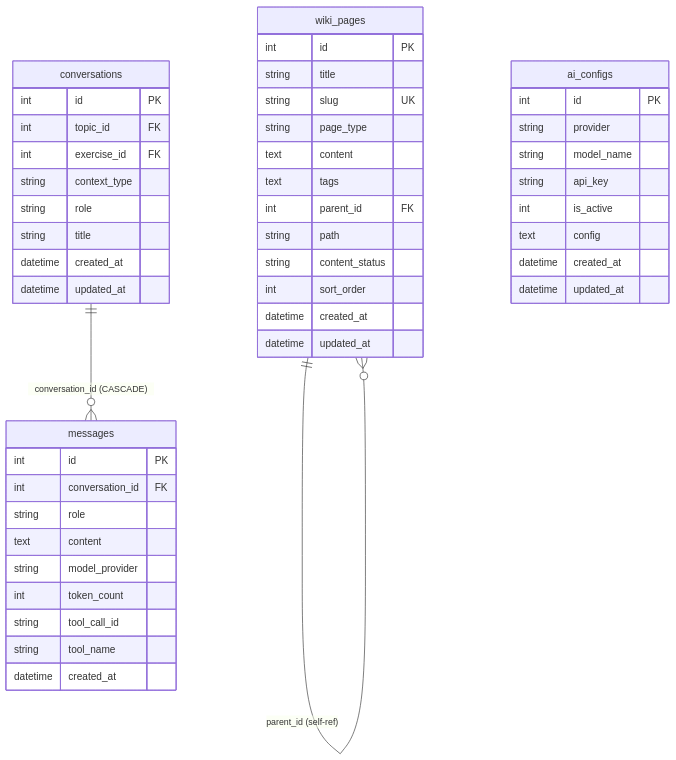
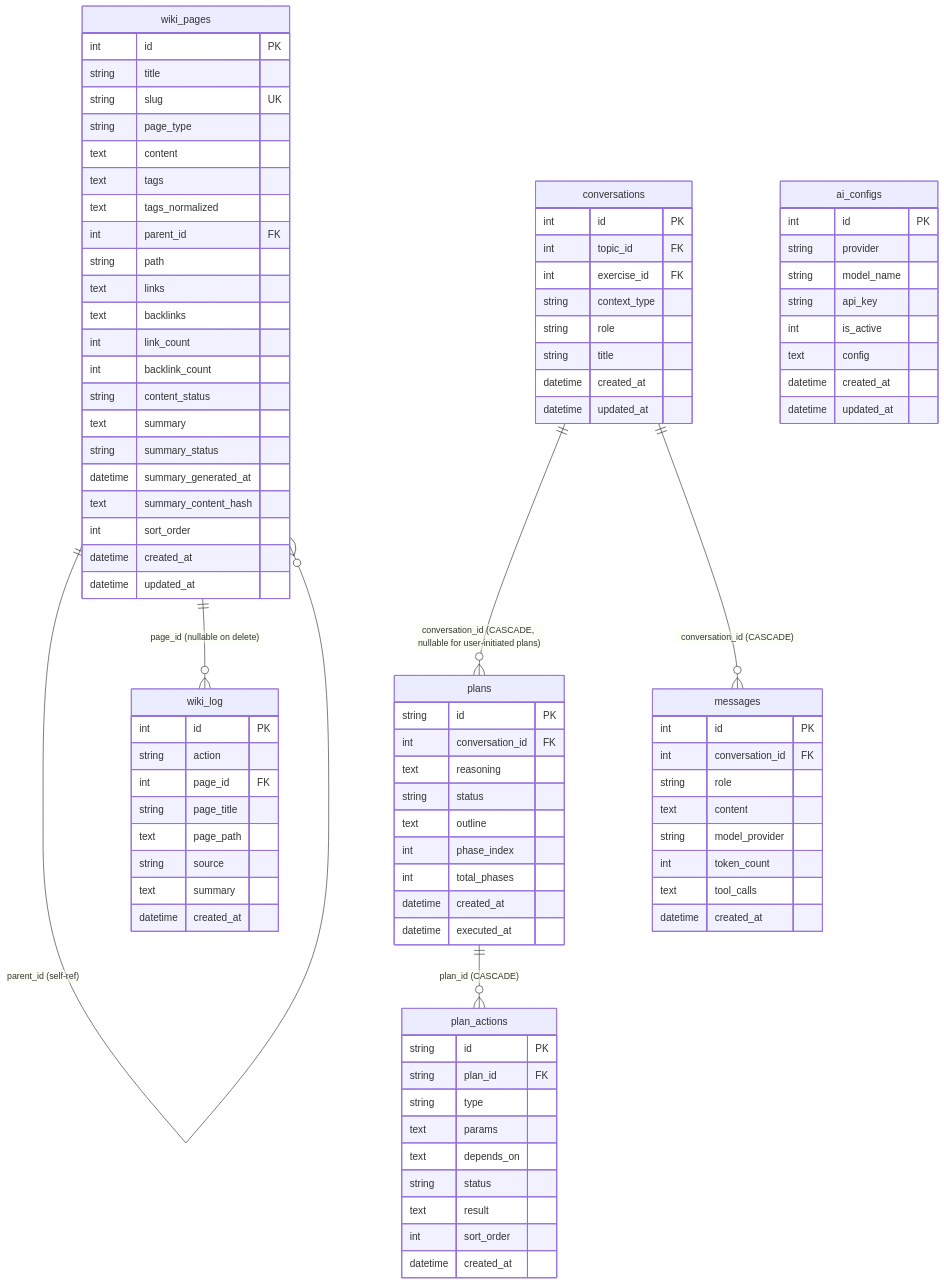
One commit to IrvingYoung/learn-helper changed the third of 3 diagrams in ARCHITECTURE.md. Above: the diagram before and after it, drawn with Mermaid. The commit also changed other lines of this file and 39 other files, not shown here.

````diff
--- a/ARCHITECTURE.md
+++ b/ARCHITECTURE.md
@@ -164,12 +222,56 @@
         string page_type
         text content
         text tags
+        text tags_normalized
         int parent_id FK
         string path
+        text links
+        text backlinks
+        int link_count
+        int backlink_count
         string content_status
+        text summary
+        string summary_status
+        datetime summary_generated_at
+        text summary_content_hash
         int sort_order
         datetime created_at
         datetime updated_at
+    }
+
+    wiki_log {
+        int id PK
+        string action
+        int page_id FK
+        string page_title
+        text page_path
+        string source
+        text summary
+        datetime created_at
+    }
+
+    plans {
+        string id PK
+        int conversation_id FK
+        text reasoning
+        string status
+        text outline
+        int phase_index
+        int total_phases
+        datetime created_at
+        datetime executed_at
+    }
+
+    plan_actions {
+        string id PK
+        string plan_id FK
+        string type
+        text params
+        text depends_on
+        string status
+        text result
+        int sort_order
+        datetime created_at
     }
 
     conversations {
@@ -190,8 +292,7 @@
         text content
         string model_provider
         int token_count
-        string tool_call_id
-        string tool_name
+        text tool_calls
         datetime created_at
     }
 
@@ -207,5 +308,8 @@
     }
 
     wiki_pages ||--o{ wiki_pages : "parent_id (self-ref)"
+    wiki_pages ||--o{ wiki_log : "page_id (nullable on delete)"
+    plans ||--o{ plan_actions : "plan_id (CASCADE)"
+    conversations ||--o{ plans : "conversation_id (CASCADE, nullable for user-initiated plans)"
     conversations ||--o{ messages : "conversation_id (CASCADE)"
 ```
````
